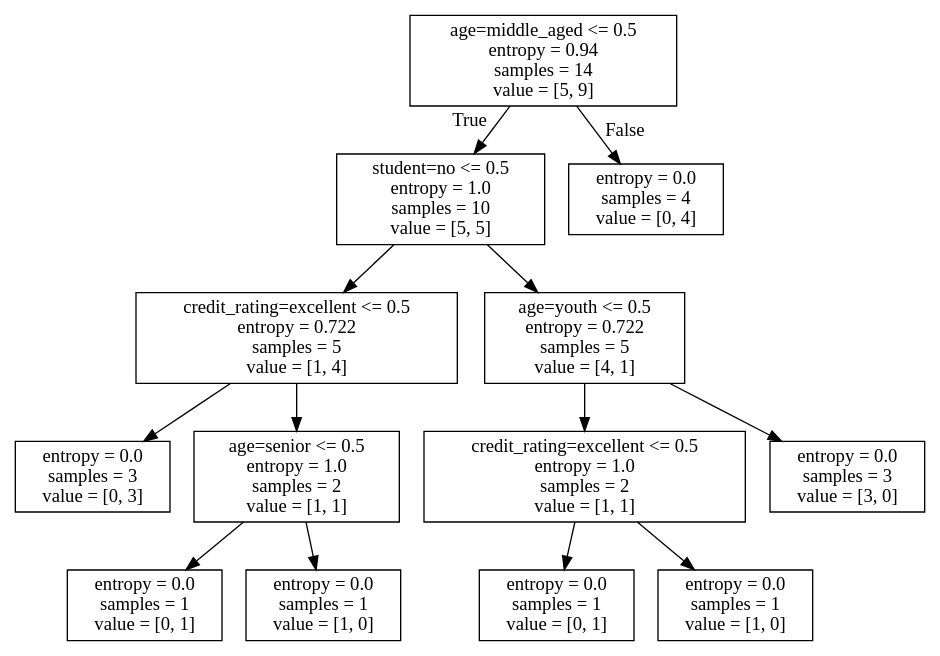
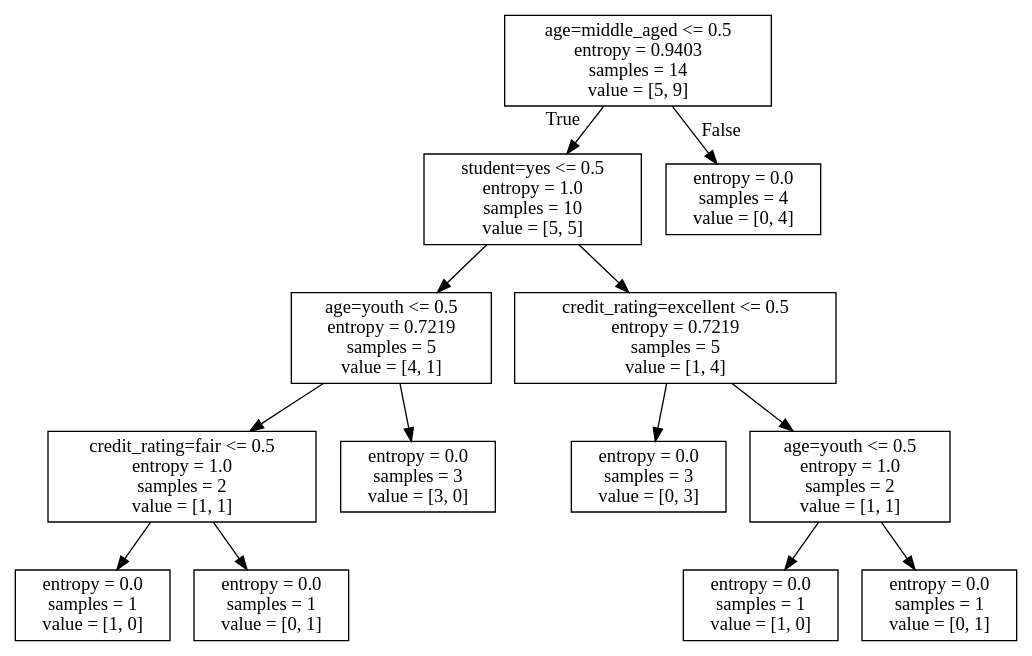
One commit to xiaopp123/machine-learning changed the diagram in DecisonTree/allElectronicInformationGainori.dot. Above: the diagram before and after it, drawn with Graphviz. The commit also changed 25 other files, not shown here.

```diff
--- a/DecisonTree/allElectronicInformationGainori.dot
+++ b/DecisonTree/allElectronicInformationGainori.dot
@@ -1,28 +1,28 @@
 digraph Tree {
 node [shape=box] ;
-0 [label="age=middle_aged <= 0.5\nentropy = 0.94\nsamples = 14\nvalue = [5, 9]"] ;
-1 [label="student=no <= 0.5\nentropy = 1.0\nsamples = 10\nvalue = [5, 5]"] ;
+0 [label="age=middle_aged <= 0.5\nentropy = 0.9403\nsamples = 14\nvalue = [5, 9]"] ;
+1 [label="student=yes <= 0.5\nentropy = 1.0\nsamples = 10\nvalue = [5, 5]"] ;
 0 -> 1 [labeldistance=2.5, labelangle=45, headlabel="True"] ;
-2 [label="credit_rating=excellent <= 0.5\nentropy = 0.722\nsamples = 5\nvalue = [1, 4]"] ;
+2 [label="age=youth <= 0.5\nentropy = 0.7219\nsamples = 5\nvalue = [4, 1]"] ;
 1 -> 2 ;
-3 [label="entropy = 0.0\nsamples = 3\nvalue = [0, 3]"] ;
+3 [label="credit_rating=fair <= 0.5\nentropy = 1.0\nsamples = 2\nvalue = [1, 1]"] ;
 2 -> 3 ;
-4 [label="age=senior <= 0.5\nentropy = 1.0\nsamples = 2\nvalue = [1, 1]"] ;
-2 -> 4 ;
+4 [label="entropy = 0.0\nsamples = 1\nvalue = [1, 0]"] ;
+3 -> 4 ;
 5 [label="entropy = 0.0\nsamples = 1\nvalue = [0, 1]"] ;
-4 -> 5 ;
-6 [label="entropy = 0.0\nsamples = 1\nvalue = [1, 0]"] ;
-4 -> 6 ;
-7 [label="age=youth <= 0.5\nentropy = 0.722\nsamples = 5\nvalue = [4, 1]"] ;
+3 -> 5 ;
+6 [label="entropy = 0.0\nsamples = 3\nvalue = [3, 0]"] ;
+2 -> 6 ;
+7 [label="credit_rating=excellent <= 0.5\nentropy = 0.7219\nsamples = 5\nvalue = [1, 4]"] ;
 1 -> 7 ;
-8 [label="credit_rating=excellent <= 0.5\nentropy = 1.0\nsamples = 2\nvalue = [1, 1]"] ;
+8 [label="entropy = 0.0\nsamples = 3\nvalue = [0, 3]"] ;
 7 -> 8 ;
-9 [label="entropy = 0.0\nsamples = 1\nvalue = [0, 1]"] ;
-8 -> 9 ;
+9 [label="age=youth <= 0.5\nentropy = 1.0\nsamples = 2\nvalue = [1, 1]"] ;
+7 -> 9 ;
 10 [label="entropy = 0.0\nsamples = 1\nvalue = [1, 0]"] ;
-8 -> 10 ;
-11 [label="entropy = 0.0\nsamples = 3\nvalue = [3, 0]"] ;
-7 -> 11 ;
+9 -> 10 ;
+11 [label="entropy = 0.0\nsamples = 1\nvalue = [0, 1]"] ;
+9 -> 11 ;
 12 [label="entropy = 0.0\nsamples = 4\nvalue = [0, 4]"] ;
 0 -> 12 [labeldistance=2.5, labelangle=-45, headlabel="False"] ;
 }
```
